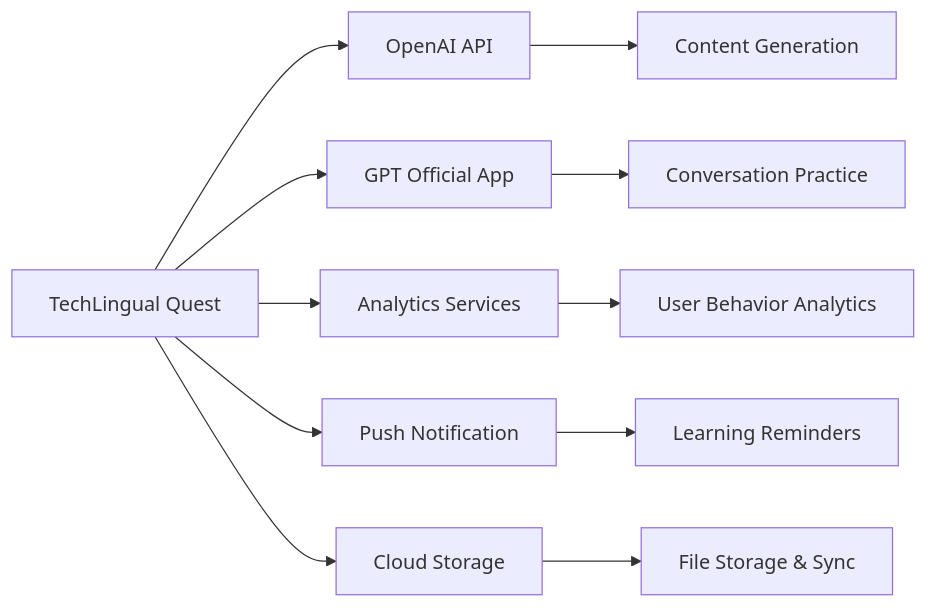
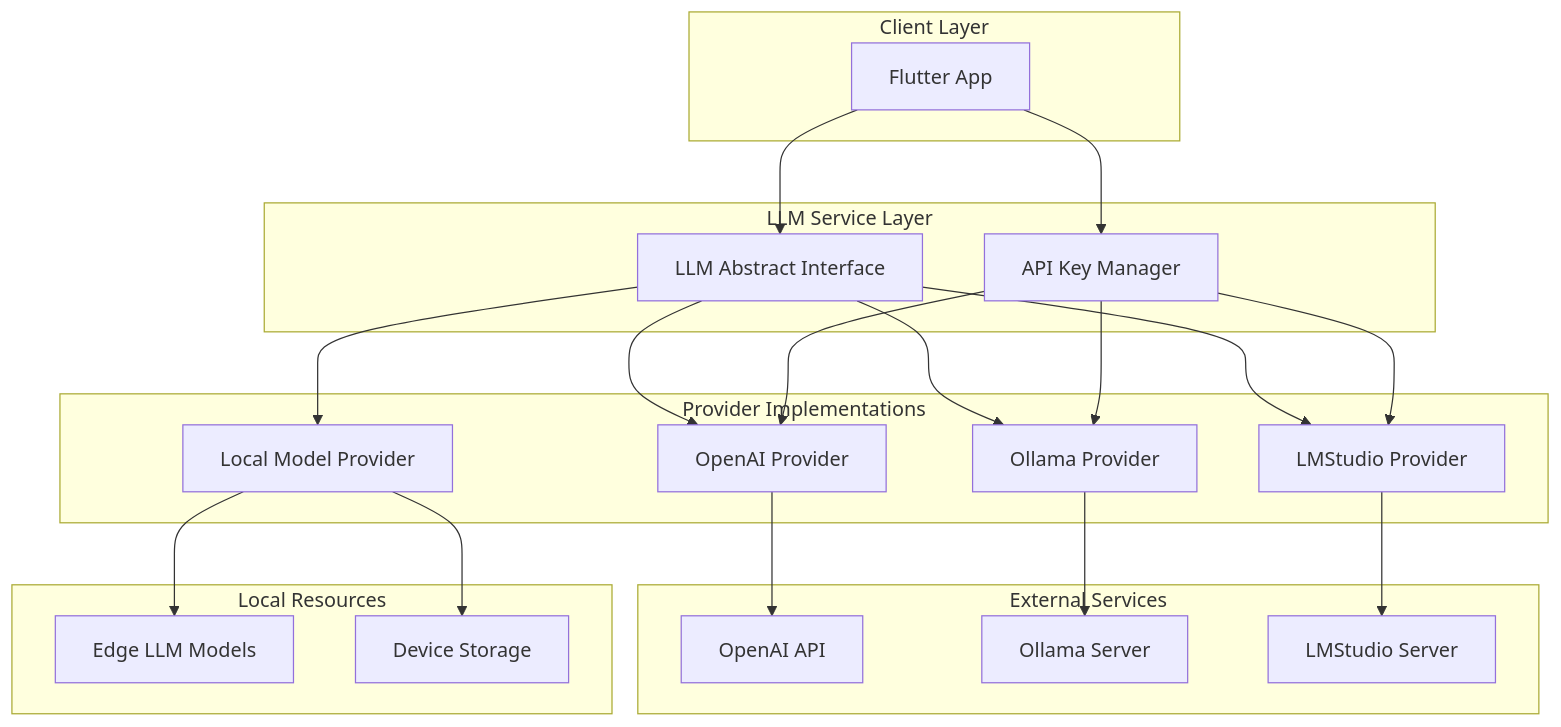
Before and after one commit to sora-kisaragi/TechLingualQuest: diagram 11 of 15 in design/HLD.md, drawn with Mermaid. The commit also changed other lines of this file and 3 other files, not shown here.

````diff
--- a/design/HLD.md
+++ b/design/HLD.md
@@ -349,14 +631,46 @@
 ```mermaid
-graph LR
-    A[TechLingual Quest] --> B[OpenAI API]
-    A --> C[GPT Official App]
-    A --> D[Analytics Services]
-    A --> E[Push Notification]
-    A --> F[Cloud Storage]
+graph TB
+    subgraph "Client Layer"
+        A[Flutter App]
+    end
     
-    B --> G[Content Generation]
-    C --> H[Conversation Practice]
-    D --> I[User Behavior Analytics]
-    E --> J[Learning Reminders]
-    F --> K[File Storage & Sync]
+    subgraph "LLM Service Layer"
+        B[LLM Abstract Interface]
+        C[API Key Manager]
+    end
+    
+    subgraph "Provider Implementations"
+        D[OpenAI Provider]
+        E[Ollama Provider]
+        F[LMStudio Provider]
+        G[Local Model Provider]
+    end
+    
+    subgraph "External Services"
+        H[OpenAI API]
+        I[Ollama Server]
+        J[LMStudio Server]
+    end
+    
+    subgraph "Local Resources"
+        K[Edge LLM Models]
+        L[Device Storage]
+    end
+    
+    A --> B
+    A --> C
+    B --> D
+    B --> E
+    B --> F
+    B --> G
+    
+    C --> D
+    C --> E
+    C --> F
+    
+    D --> H
+    E --> I
+    F --> J
+    G --> K
+    G --> L
 ```
````
